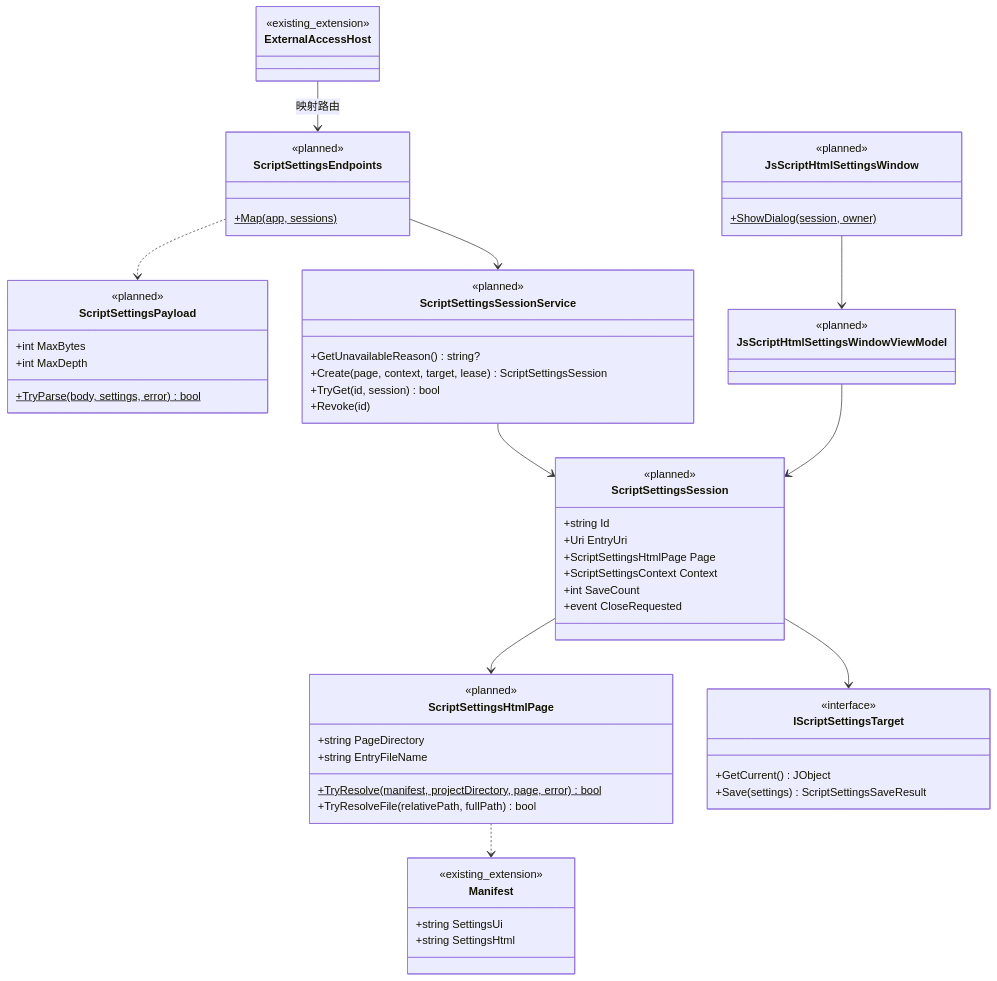
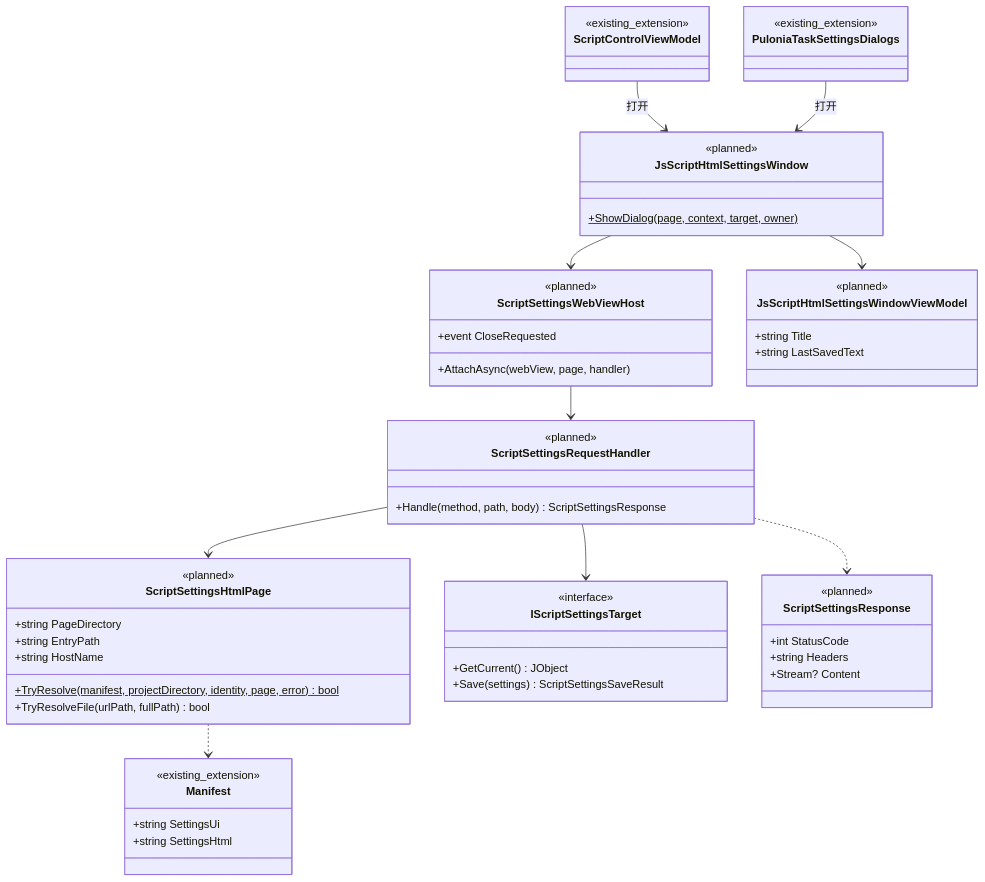
The second of 2 diagrams in Docs/design/js-script-html-settings.md (babalae/better-genshin-impact), drawn with Mermaid before and after one commit. The commit also changed other lines of this file and 1 other file, not shown here.

Commit message:
docs(design): JS 脚本 HTML 设置页改为 WebView2 进程内保存接口（第 3 版）

````diff
--- a/Docs/design/js-script-html-settings.md
+++ b/Docs/design/js-script-html-settings.md
@@ -361,66 +379,61 @@
 ```mermaid
 classDiagram
     class Manifest {
         <<existing_extension>>
         +string SettingsUi
         +string SettingsHtml
     }
     class ScriptSettingsHtmlPage {
         <<planned>>
         +string PageDirectory
-        +string EntryFileName
-        +TryResolve(manifest, projectDirectory, page, error)$ bool
-        +TryResolveFile(relativePath, fullPath) bool
-    }
-    class ScriptSettingsPayload {
-        <<planned>>
-        +int MaxBytes
-        +int MaxDepth
-        +TryParse(body, settings, error)$ bool
+        +string EntryPath
+        +string HostName
+        +TryResolve(manifest, projectDirectory, identity, page, error)$ bool
+        +TryResolveFile(urlPath, fullPath) bool
     }
     class IScriptSettingsTarget {
         <<interface>>
         +GetCurrent() JObject
         +Save(settings) ScriptSettingsSaveResult
     }
-    class ScriptSettingsSession {
+    class ScriptSettingsRequestHandler {
         <<planned>>
-        +string Id
-        +Uri EntryUri
-        +ScriptSettingsHtmlPage Page
-        +ScriptSettingsContext Context
-        +int SaveCount
+        +Handle(method, path, body) ScriptSettingsResponse
+    }
+    class ScriptSettingsResponse {
+        <<planned>>
+        +int StatusCode
+        +string Headers
+        +Stream? Content
+    }
+    class ScriptSettingsWebViewHost {
+        <<planned>>
+        +AttachAsync(webView, page, handler)
         +event CloseRequested
-    }
-    class ScriptSettingsSessionService {
-        <<planned>>
-        +GetUnavailableReason() string?
-        +Create(page, context, target, lease) ScriptSettingsSession
-        +TryGet(id, session) bool
-        +Revoke(id)
-    }
-    class ScriptSettingsEndpoints {
-        <<planned>>
-        +Map(app, sessions)$
-    }
-    class ExternalAccessHost {
-        <<existing_extension>>
     }
     class JsScriptHtmlSettingsWindowViewModel {
         <<planned>>
+        +string Title
+        +string LastSavedText
     }
     class JsScriptHtmlSettingsWindow {
         <<planned>>
-        +ShowDialog(session, owner)$
+        +ShowDialog(page, context, target, owner)$
+    }
+    class ScriptControlViewModel {
+        <<existing_extension>>
+    }
+    class PuloniaTaskSettingsDialogs {
+        <<existing_extension>>
     }
 
     ScriptSettingsHtmlPage ..> Manifest
-    ScriptSettingsSession --> ScriptSettingsHtmlPage
-    ScriptSettingsSession --> IScriptSettingsTarget
-    ScriptSettingsSessionService --> ScriptSettingsSession
-    ScriptSettingsEndpoints --> ScriptSettingsSessionService
-    ScriptSettingsEndpoints ..> ScriptSettingsPayload
-    ExternalAccessHost --> ScriptSettingsEndpoints : 映射路由
+    ScriptSettingsRequestHandler --> ScriptSettingsHtmlPage
+    ScriptSettingsRequestHandler --> IScriptSettingsTarget
+    ScriptSettingsRequestHandler ..> ScriptSettingsResponse
+    ScriptSettingsWebViewHost --> ScriptSettingsRequestHandler
+    JsScriptHtmlSettingsWindow --> ScriptSettingsWebViewHost
     JsScriptHtmlSettingsWindow --> JsScriptHtmlSettingsWindowViewModel
-    JsScriptHtmlSettingsWindowViewModel --> ScriptSettingsSession
+    ScriptControlViewModel --> JsScriptHtmlSettingsWindow : 打开
+    PuloniaTaskSettingsDialogs --> JsScriptHtmlSettingsWindow : 打开
 ```
````
